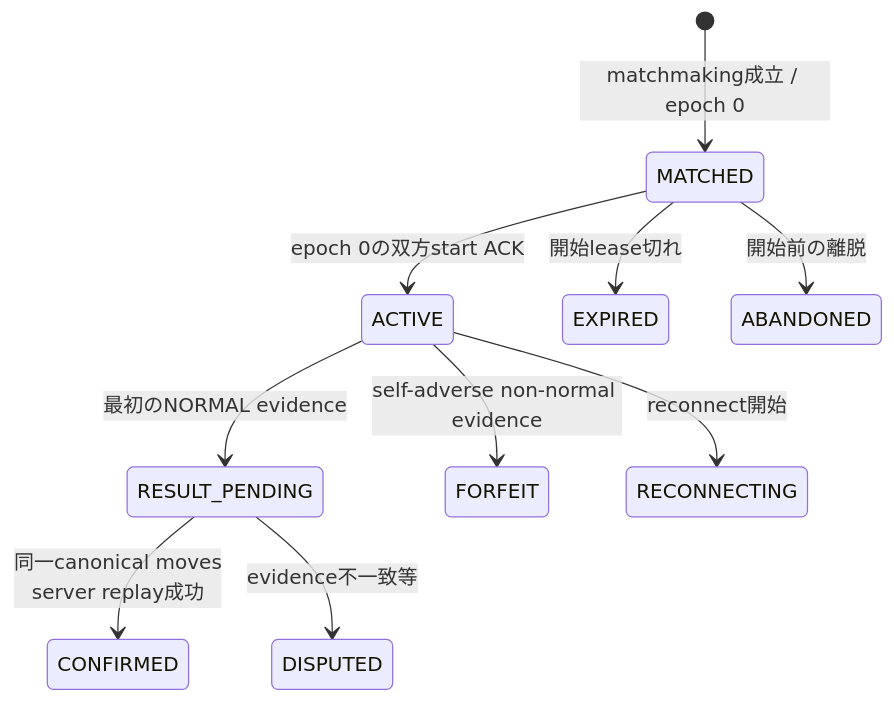
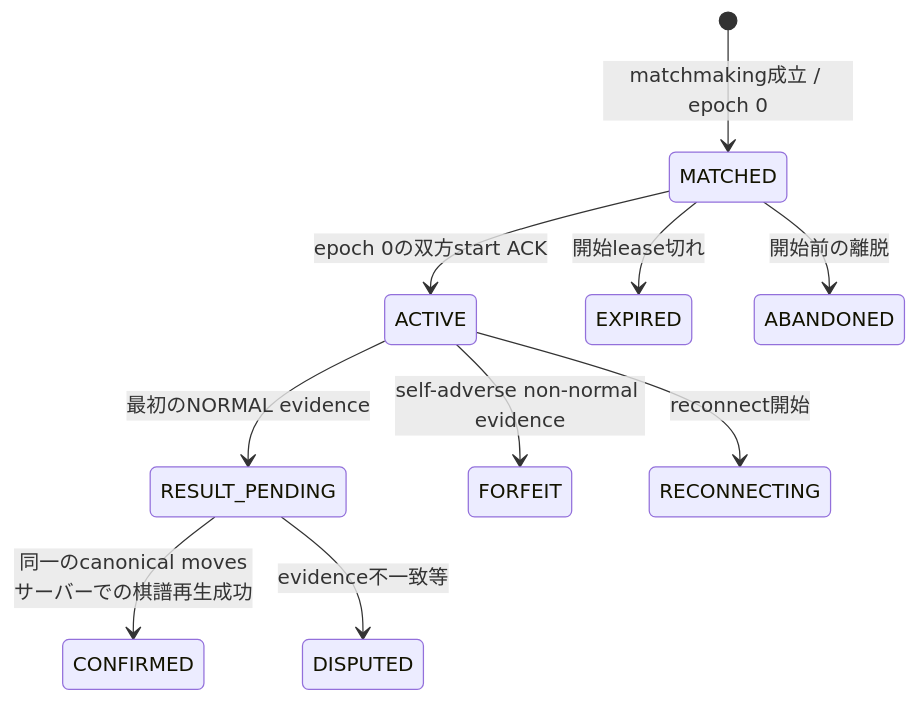
Before and after one commit to shinp-dev/othello: the fourth of 4 diagrams in docs/02_オンライン対局/通常接続設計.md, drawn with Mermaid. The commit also changed other lines of this file and 21 other files, not shown here.

````diff
--- a/docs/02_オンライン対局/通常接続設計.md
+++ b/docs/02_オンライン対局/通常接続設計.md
@@ -210,12 +210,12 @@
 ```mermaid
 stateDiagram-v2
     [*] --> MATCHED: matchmaking成立 / epoch 0
     MATCHED --> ACTIVE: epoch 0の双方start ACK
     MATCHED --> EXPIRED: 開始lease切れ
     MATCHED --> ABANDONED: 開始前の離脱
     ACTIVE --> RESULT_PENDING: 最初のNORMAL evidence
-    RESULT_PENDING --> CONFIRMED: 同一canonical moves<br/>server replay成功
+    RESULT_PENDING --> CONFIRMED: 同一のcanonical moves<br/>サーバーでの棋譜再生成功
     RESULT_PENDING --> DISPUTED: evidence不一致等
     ACTIVE --> FORFEIT: self-adverse non-normal evidence
     ACTIVE --> RECONNECTING: reconnect開始
 ```
````
